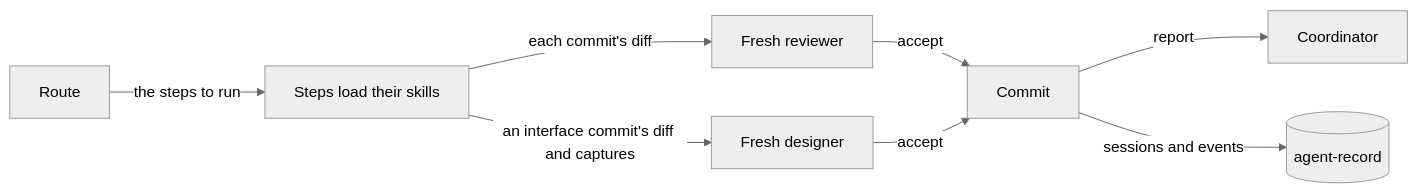
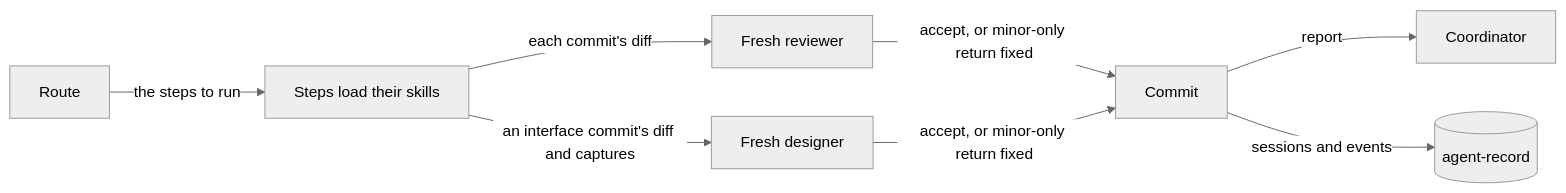
The first of 3 diagrams in docs/loops.md (cniska/agent-skills), drawn with Mermaid (neutral theme) before and after one commit. The commit also changed 1 other file, not shown here.

Commit message:
docs(plugin): split the minor-only return rule

````diff
--- a/docs/loops.md
+++ b/docs/loops.md
@@ -9,10 +9,10 @@
 ```mermaid
 flowchart LR
   route["Route"] -- "the steps to run" --> steps["Steps load their skills"]
   steps -- "each commit's diff" --> rev["Fresh reviewer"]
-  rev -- "accept" --> commit["Commit"]
+  rev -- "accept, or minor-only return fixed" --> commit["Commit"]
   steps -- "an interface commit's diff and captures" --> des["Fresh designer"]
-  des -- "accept" --> commit
+  des -- "accept, or minor-only return fixed" --> commit
   commit -- "report" --> lead["Coordinator"]
   commit -- "sessions and events" --> rec[("agent-record")]
 ```
````
